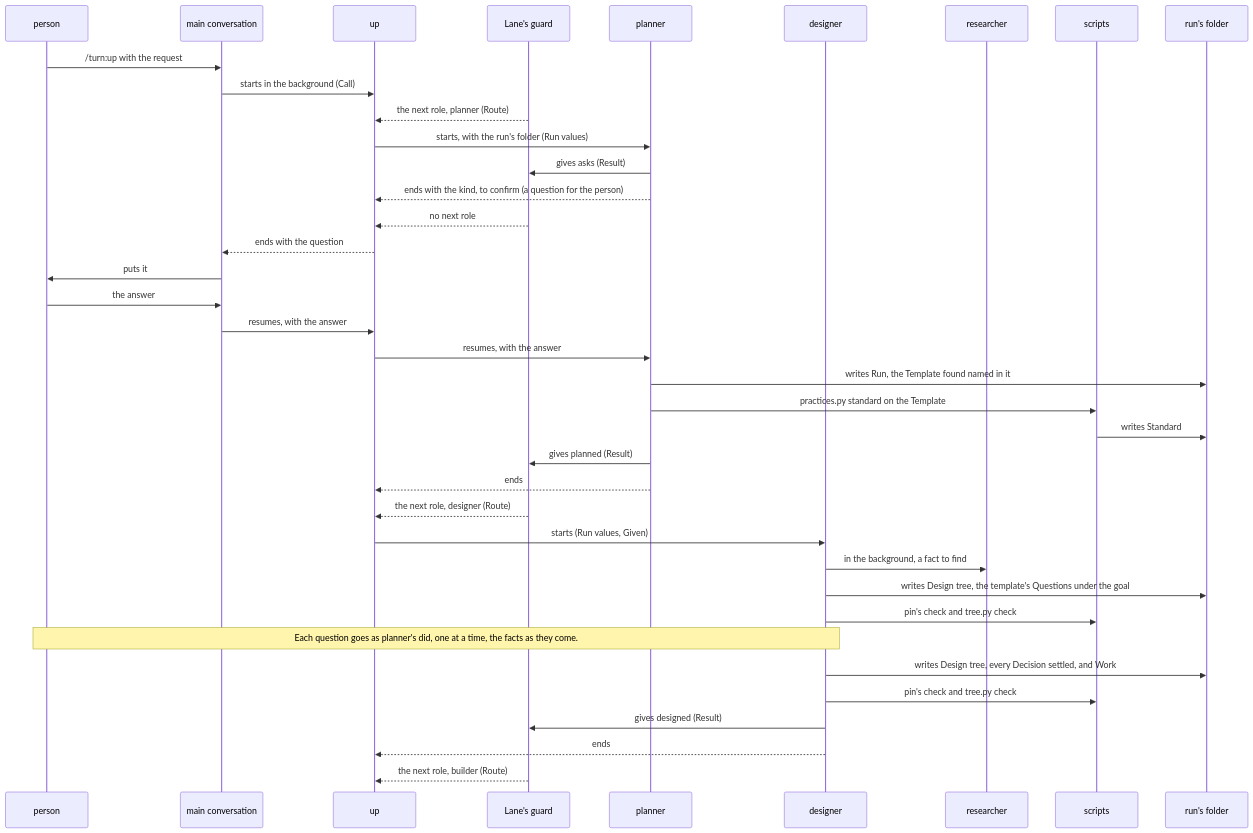
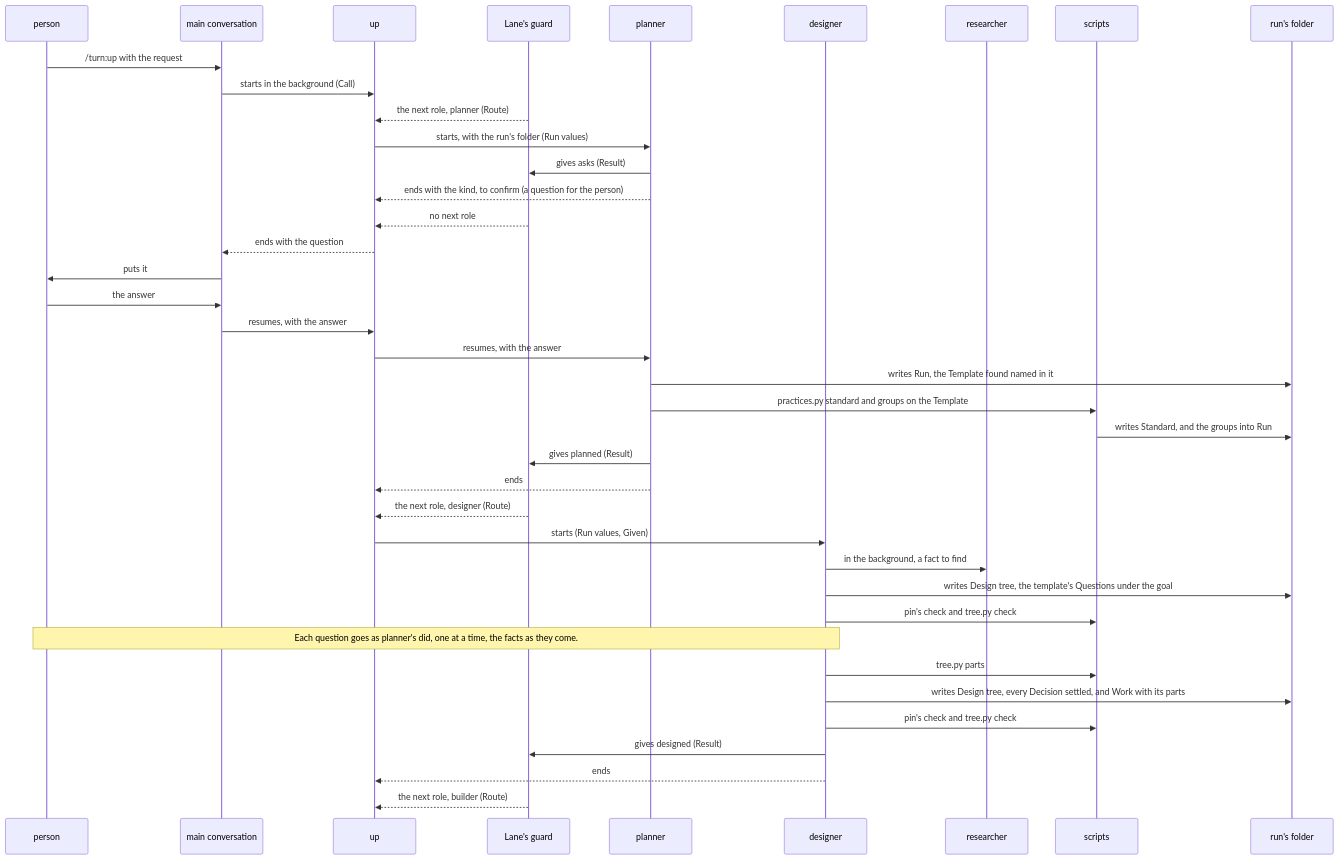
Before and after one commit to lovaizu/ccpm: the third of 7 diagrams in dev/turn/architecture.md, drawn with Mermaid. The commit also changed other lines of this file and 1 other file, not shown here.

````diff
--- a/dev/turn/architecture.md
+++ b/dev/turn/architecture.md
@@ -346,40 +363,41 @@
 ```mermaid
 sequenceDiagram
   participant P as person
   participant M as main conversation
   participant U as up
   participant G as Lane's guard
   participant PL as planner
   participant D as designer
   participant RS as researcher
   participant S as scripts
   participant F as run's folder
   P->>M: /turn:up with the request
   M->>U: starts in the background (Call)
   G-->>U: the next role, planner (Route)
   U->>PL: starts, with the run's folder (Run values)
   PL->>G: gives asks (Result)
   PL-->>U: ends with the kind, to confirm (a question for the person)
   G-->>U: no next role
   U-->>M: ends with the question
   M->>P: puts it
   P->>M: the answer
   M->>U: resumes, with the answer
   U->>PL: resumes, with the answer
   PL->>F: writes Run, the Template found named in it
-  PL->>S: practices.py standard on the Template
-  S->>F: writes Standard
+  PL->>S: practices.py standard and groups on the Template
+  S->>F: writes Standard, and the groups into Run
   PL->>G: gives planned (Result)
   PL-->>U: ends
   G-->>U: the next role, designer (Route)
   U->>D: starts (Run values, Given)
   D->>RS: in the background, a fact to find
   D->>F: writes Design tree, the template's Questions under the goal
   D->>S: pin's check and tree.py check
   Note over P,D: Each question goes as planner's did, one at a time, the facts as they come.
-  D->>F: writes Design tree, every Decision settled, and Work
+  D->>S: tree.py parts
+  D->>F: writes Design tree, every Decision settled, and Work with its parts
   D->>S: pin's check and tree.py check
   D->>G: gives designed (Result)
   D-->>U: ends
   G-->>U: the next role, builder (Route)
 ```
````
